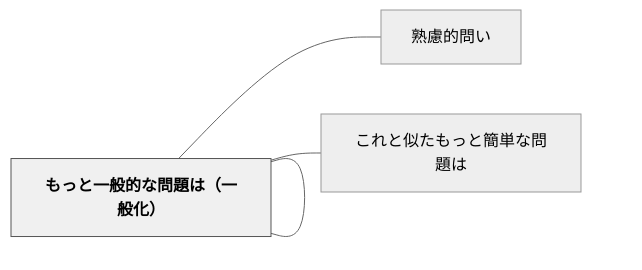
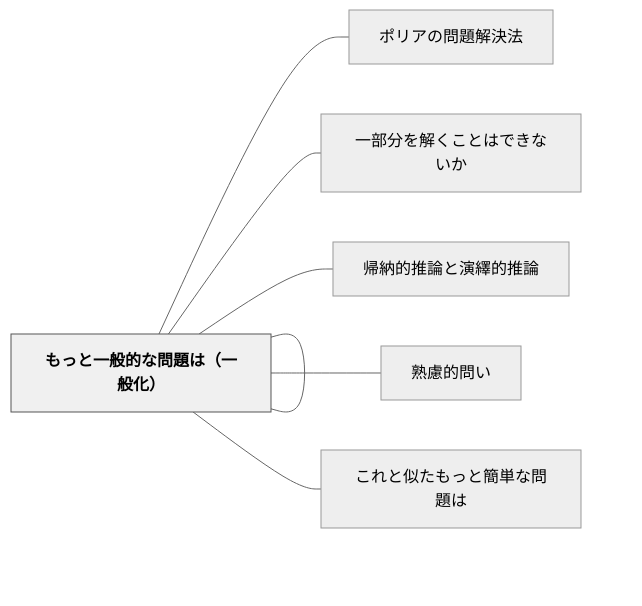
One commit to unknownthings-ed-patterns/unknownthings-ed-patterns changed the diagram in content/パタン/もっと特殊な問題は（特殊化）.md. Above: the diagram before and after it, drawn with Mermaid (neutral theme). The commit also changed other lines of this file and 473 other files, not shown here.

````diff
--- a/content/パタン/もっと特殊な問題は（特殊化）.md
+++ b/content/パタン/もっと特殊な問題は（特殊化）.md
@@ -52,14 +55,20 @@
 ```mermaid
 flowchart LR
     ne38282e381a3["もっと特殊な問題は（特殊化）"]
+    ne3839de383aa["ポリアの問題解決法"]
+    ne4b880e983a8["一部分を解くことはできないか"]
+    ne5b8b0e7b48d["帰納的推論と演繹的推論"]
     ne7869fe685ae["熟慮的問い"]
     ne38282e381a3["もっと一般的な問題は（一般化）"]
     ne38193e3828c["これと似たもっと簡単な問題は"]
 
+    ne38282e381a3 --- ne3839de383aa
+    ne38282e381a3 --- ne4b880e983a8
+    ne38282e381a3 --- ne5b8b0e7b48d
     ne38282e381a3 --- ne7869fe685ae
     ne38282e381a3 --- ne38282e381a3
     ne38282e381a3 --- ne38193e3828c
 
     classDef hub fill:#f0f0f0,stroke:#555,color:#000,font-weight:bold
     class ne38282e381a3 hub
 ```
````
